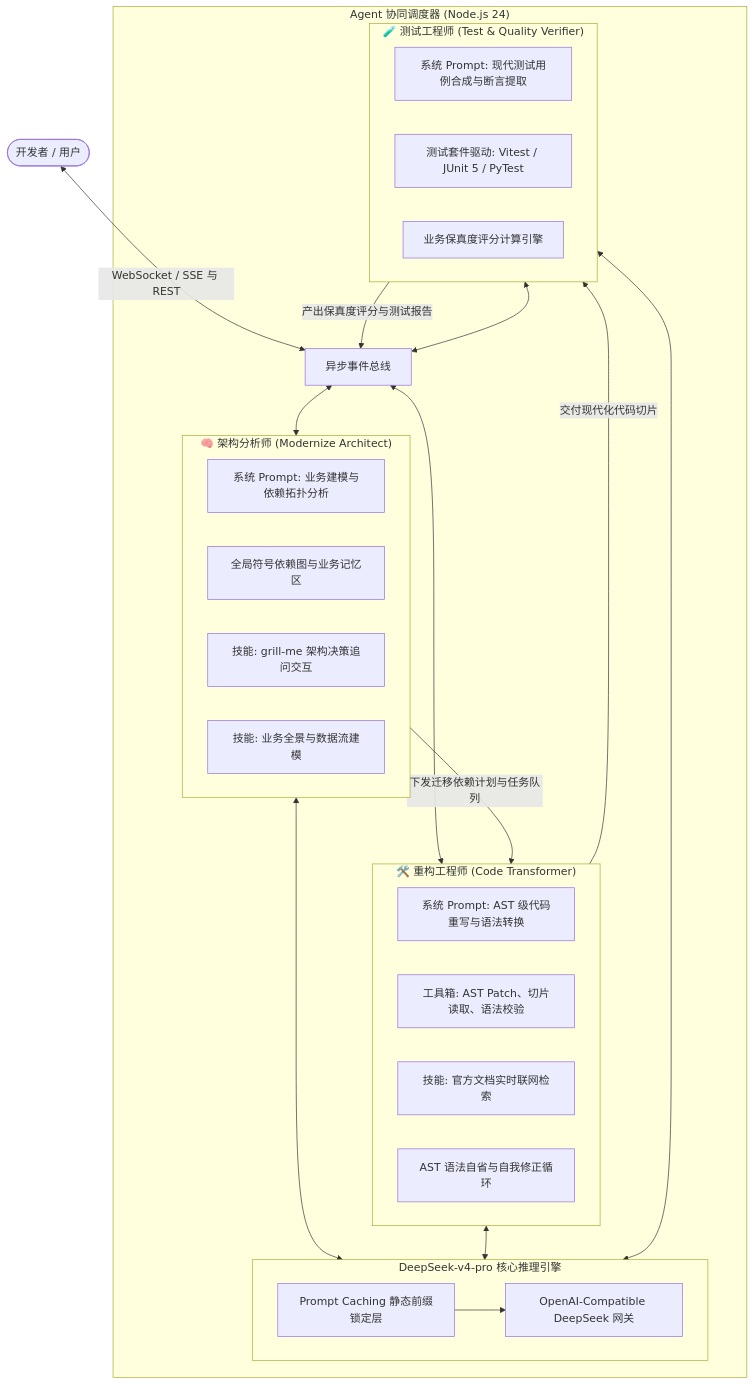
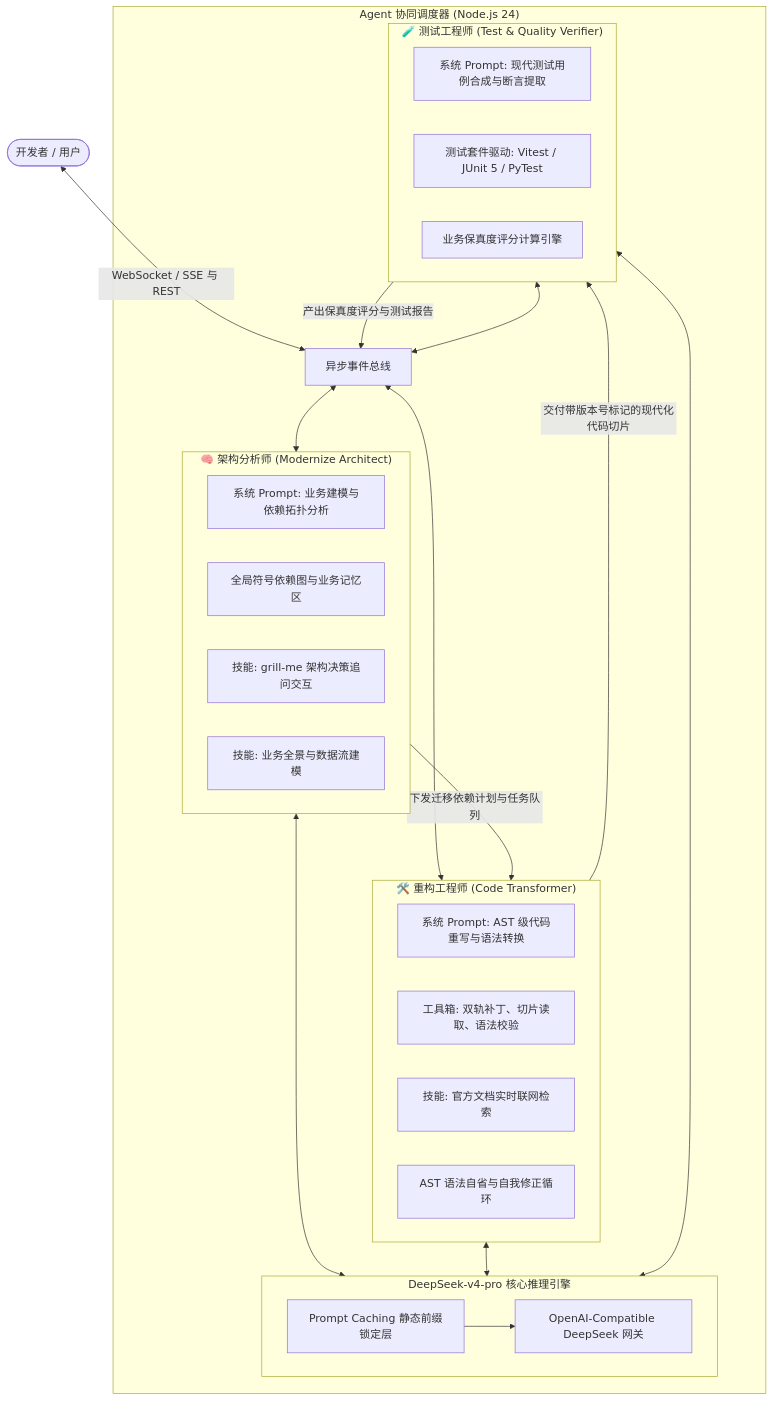
The first of 3 diagrams in docs/zh/agent-orchestration.md (SakuraCianna/LegacyCodeModernizer), drawn with Mermaid before and after one commit. The commit also changed other lines of this file and 3 other files, not shown here.

````diff
--- a/docs/zh/agent-orchestration.md
+++ b/docs/zh/agent-orchestration.md
@@ -13,47 +13,47 @@
 ```mermaid
 graph TD
     User(["开发者 / 用户"])
 
     subgraph Orchestration ["Agent 协同调度器 (Node.js 24)"]
         EventBus["异步事件总线"]
 
         subgraph ArchAgent ["🧠 架构分析师 (Modernize Architect)"]
             A_Prompt["系统 Prompt: 业务建模与依赖拓扑分析"]
             A_Memory["全局符号依赖图与业务记忆区"]
             A_Skill1["技能: grill-me 架构决策追问交互"]
             A_Skill2["技能: 业务全景与数据流建模"]
         end
 
         subgraph TransAgent ["🛠️ 重构工程师 (Code Transformer)"]
             T_Prompt["系统 Prompt: AST 级代码重写与语法转换"]
-            T_Tools["工具箱: AST Patch、切片读取、语法校验"]
+            T_Tools["工具箱: 双轨补丁、切片读取、语法校验"]
             T_Skill3["技能: 官方文档实时联网检索"]
             T_Reflection["AST 语法自省与自我修正循环"]
         end
 
         subgraph TestAgent ["🧪 测试工程师 (Test & Quality Verifier)"]
             Q_Prompt["系统 Prompt: 现代测试用例合成与断言提取"]
             Q_Harness["测试套件驱动: Vitest / JUnit 5 / PyTest"]
             Q_Scorer["业务保真度评分计算引擎"]
         end
 
         subgraph LLM_Engine ["DeepSeek-v4-pro 核心推理引擎"]
             Cache["Prompt Caching 静态前缀锁定层"]
             Client["OpenAI-Compatible DeepSeek 网关"]
             Cache --> Client
         end
     end
 
     User <-->|WebSocket / SSE 与 REST| EventBus
     EventBus <--> ArchAgent
     EventBus <--> TransAgent
     EventBus <--> TestAgent
 
     ArchAgent -->|下发迁移依赖计划与任务队列| TransAgent
-    TransAgent -->|交付现代化代码切片| TestAgent
+    TransAgent -->|交付带版本号标记的现代化代码切片| TestAgent
     TestAgent -->|产出保真度评分与测试报告| EventBus
 
     ArchAgent <--> LLM_Engine
     TransAgent <--> LLM_Engine
     TestAgent <--> LLM_Engine
 ```
````
